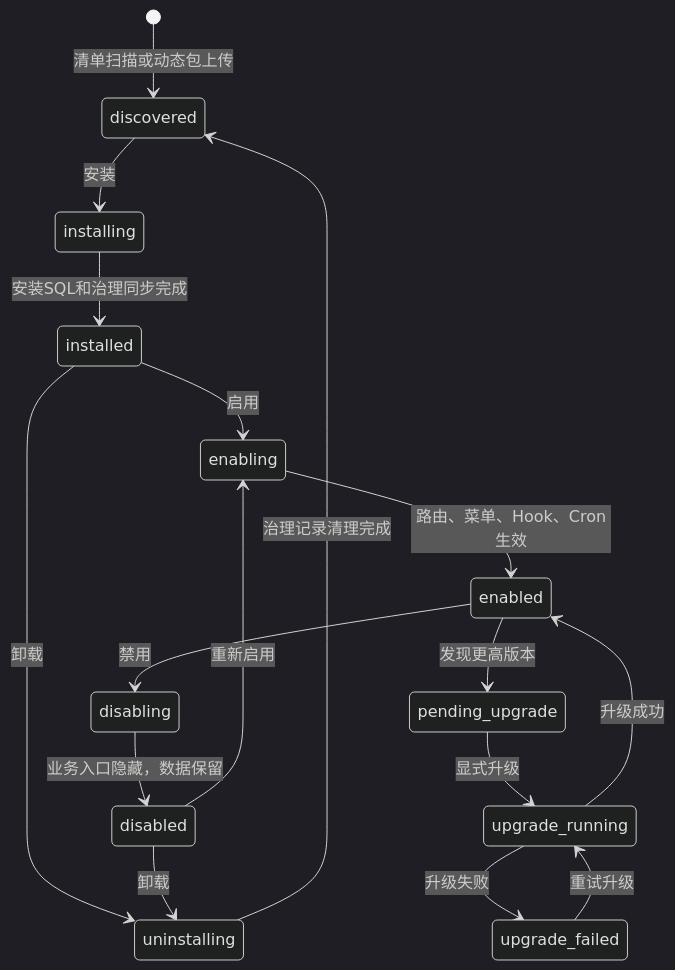
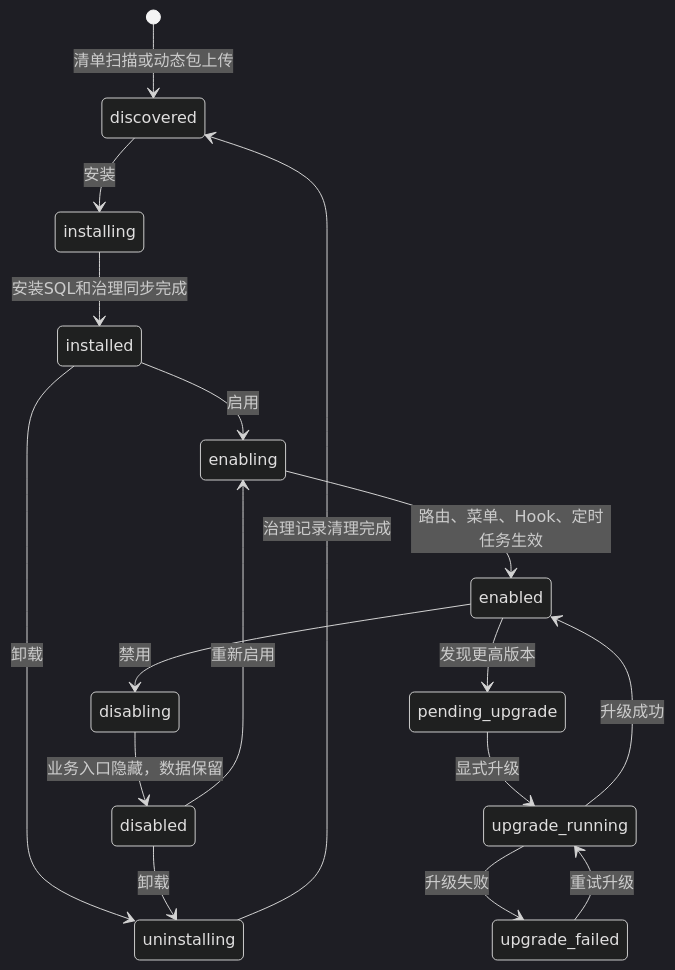
The second of 2 diagrams in apps/lina-site/docs/docs/2000-components/5000-plugin-system/5000-plugin-system.md (linaproai/linapro-site), drawn with Mermaid (dark theme) before and after one commit. The commit also changed other lines of this file and 138 other files, not shown here.

````diff
--- a/apps/lina-site/docs/docs/2000-components/5000-plugin-system/5000-plugin-system.md
+++ b/apps/lina-site/docs/docs/2000-components/5000-plugin-system/5000-plugin-system.md
@@ -250,19 +192,19 @@
 ```mermaid
 stateDiagram-v2
     [*] --> discovered: 清单扫描或动态包上传
     discovered --> installing: 安装
     installing --> installed: 安装SQL和治理同步完成
     installed --> enabling: 启用
-    enabling --> enabled: 路由、菜单、Hook、Cron生效
+    enabling --> enabled: 路由、菜单、Hook、定时任务生效
     enabled --> disabling: 禁用
     disabling --> disabled: 业务入口隐藏，数据保留
     disabled --> enabling: 重新启用
     installed --> uninstalling: 卸载
     disabled --> uninstalling: 卸载
     uninstalling --> discovered: 治理记录清理完成
     enabled --> pending_upgrade: 发现更高版本
     pending_upgrade --> upgrade_running: 显式升级
     upgrade_running --> enabled: 升级成功
     upgrade_running --> upgrade_failed: 升级失败
     upgrade_failed --> upgrade_running: 重试升级
 ```
````
